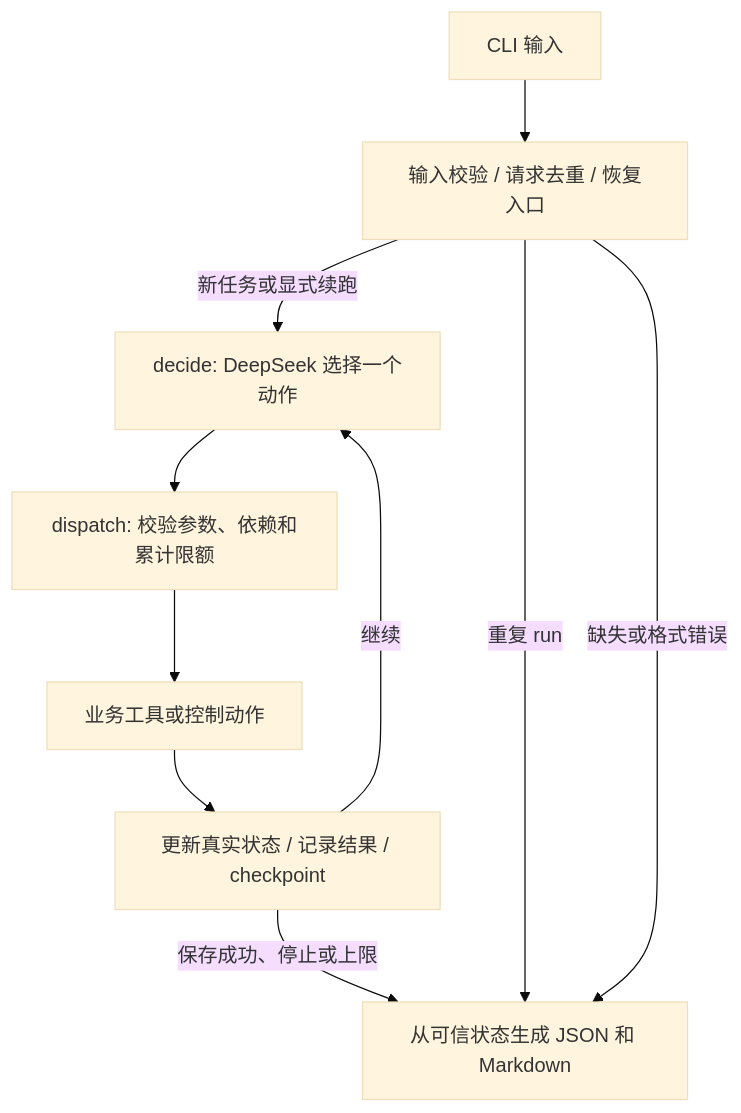
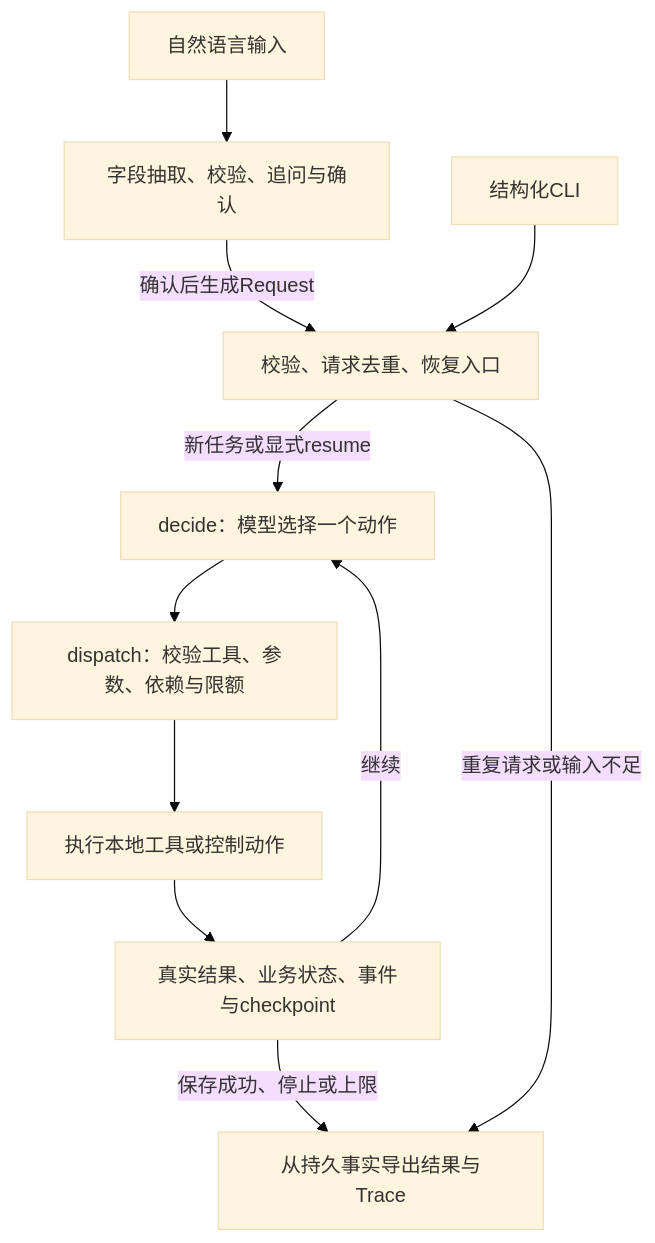
The diagram in docs/02-solution.md (yysk6/xiaoying), drawn with Mermaid (base theme) before and after one commit. The commit also changed other lines of this file and 433 other files, not shown here.

````diff
--- a/docs/02-solution.md
+++ b/docs/02-solution.md
@@ -5,12 +5,13 @@
 ```mermaid
 flowchart TD
-    U[CLI 输入] --> A[输入校验 / 请求去重 / 恢复入口]
-    A -->|新任务或显式续跑| D[decide: DeepSeek 选择一个动作]
-    D --> X[dispatch: 校验参数、依赖和累计限额]
-    X --> T[业务工具或控制动作]
-    T --> S[更新真实状态 / 记录结果 / checkpoint]
+    N[自然语言输入] --> I[字段抽取、校验、追问与确认]
+    I -->|确认后生成Request| A[校验、请求去重、恢复入口]
+    J[结构化CLI] --> A
+    A -->|新任务或显式resume| D[decide：模型选择一个动作]
+    D --> X[dispatch：校验工具、参数、依赖与限额]
+    X --> T[执行本地工具或控制动作]
+    T --> S[真实结果、业务状态、事件与checkpoint]
     S -->|继续| D
-    S -->|保存成功、停止或上限| O[从可信状态生成 JSON 和 Markdown]
-    A -->|重复 run| O
-    A -->|缺失或格式错误| O
+    S -->|保存成功、停止或上限| O[从持久事实导出结果与Trace]
+    A -->|重复请求或输入不足| O
 ```
````
